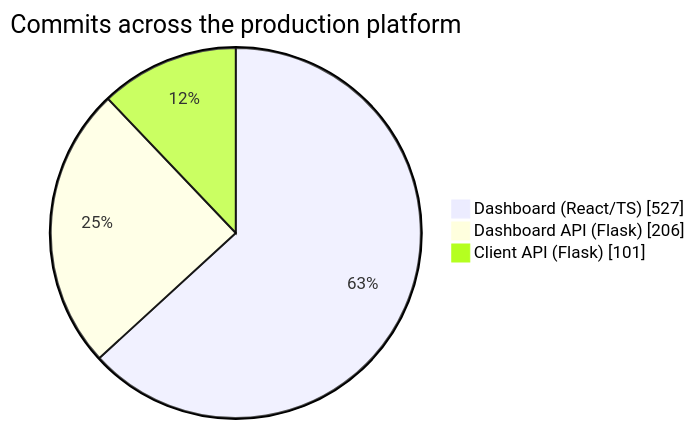
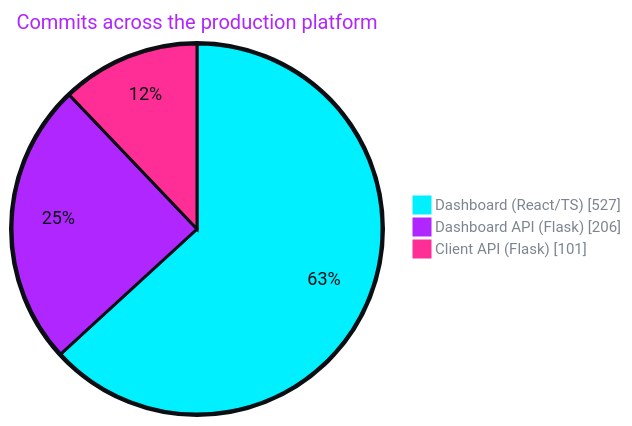
Before and after one commit to aryansingh3/aryansingh3: the second of 2 diagrams in README.md, drawn with Mermaid. The commit also changed other lines of this file and 1 other file, not shown here.

````diff
--- a/README.md
+++ b/README.md
@@ -150,7 +165,17 @@
 ```mermaid
+%%{init: {'theme':'base','themeVariables':{
+  'background':'transparent',
+  'pie1':'#00F0FF','pie2':'#B026FF','pie3':'#FF2E97',
+  'pieOpacity':'1',
+  'pieStrokeColor':'#0B0F14','pieStrokeWidth':'3px',
+  'pieOuterStrokeColor':'#0B0F14','pieOuterStrokeWidth':'3px',
+  'pieSectionTextColor':'#0B0F14','pieSectionTextSize':'18px',
+  'pieTitleTextColor':'#B026FF','pieTitleTextSize':'20px',
+  'pieLegendTextColor':'#7D8590','pieLegendTextSize':'15px'
+}}}%%
 pie showData
     title Commits across the production platform
     "Dashboard (React/TS)" : 527
     "Dashboard API (Flask)" : 206
     "Client API (Flask)" : 101
 ```
````
